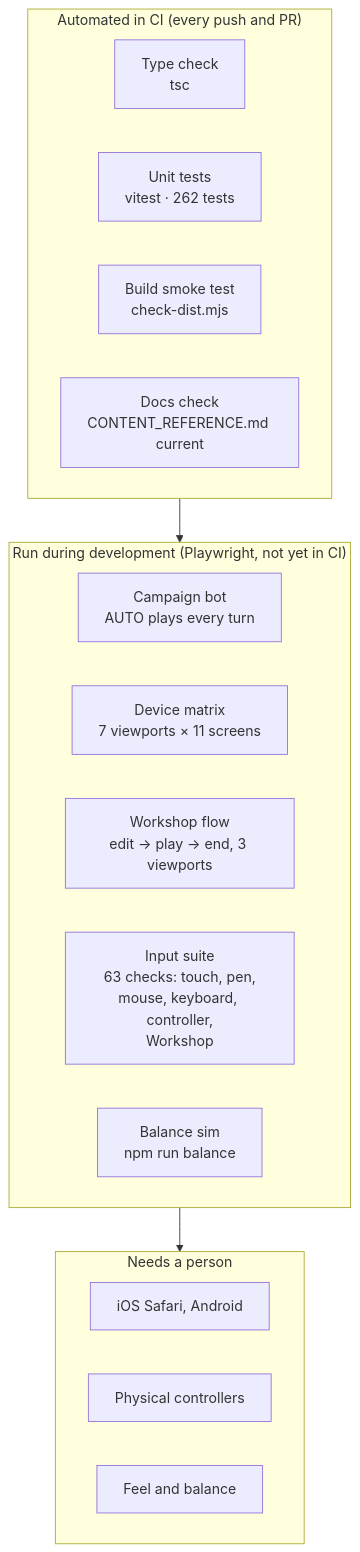
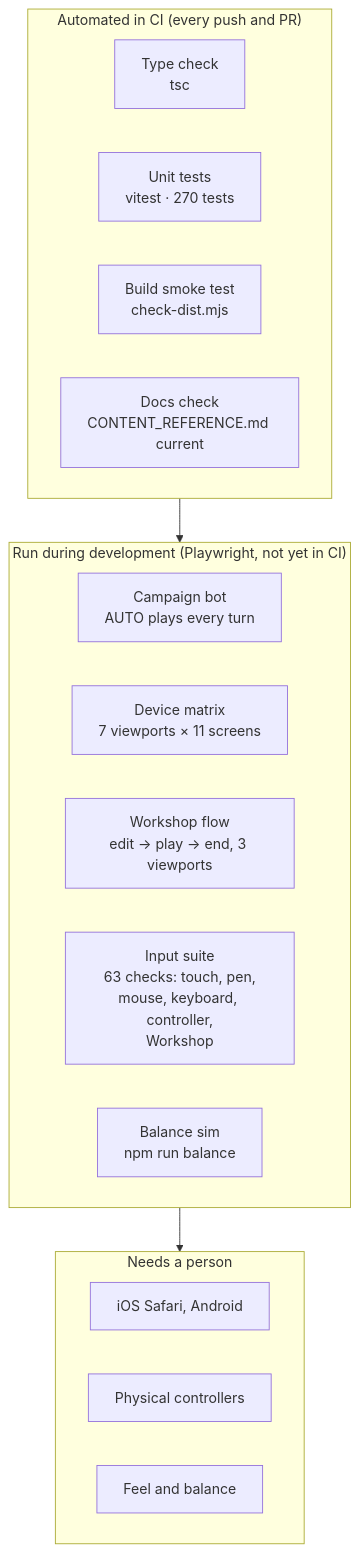
The diagram in docs/TESTING.md (CptNope/Chess-RPG-Tactics), drawn with Mermaid before and after one commit. The commit also changed other lines of this file and 19 other files, not shown here.

````diff
--- a/docs/TESTING.md
+++ b/docs/TESTING.md
@@ -9,22 +9,22 @@
 ```mermaid
 flowchart TB
     subgraph Auto["Automated in CI (every push and PR)"]
         T1["Type check<br/>tsc"]
-        T2["Unit tests<br/>vitest · 262 tests"]
+        T2["Unit tests<br/>vitest · 270 tests"]
         T3["Build smoke test<br/>check-dist.mjs"]
         T4["Docs check<br/>CONTENT_REFERENCE.md current"]
     end
     subgraph Dev["Run during development (Playwright, not yet in CI)"]
         P1["Campaign bot<br/>AUTO plays every turn"]
         P2["Device matrix<br/>7 viewports × 11 screens"]
         P4["Workshop flow<br/>edit → play → end, 3 viewports"]
         P3["Input suite<br/>63 checks: touch, pen,<br/>mouse, keyboard, controller,<br/>Workshop"]
         P5["Balance sim<br/>npm run balance"]
     end
     subgraph Human["Needs a person"]
         H1["iOS Safari, Android"]
         H2["Physical controllers"]
         H3["Feel and balance"]
     end
     Auto --> Dev --> Human
 ```
````
